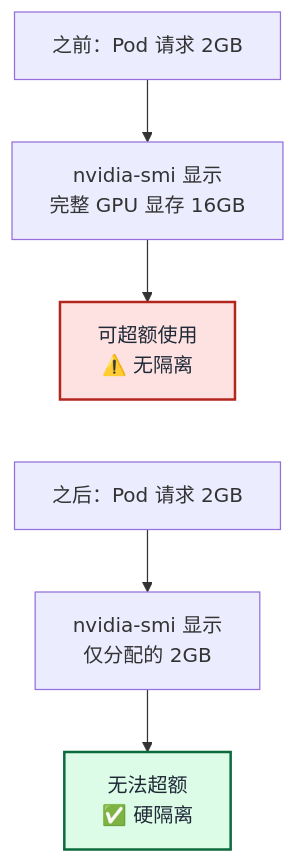
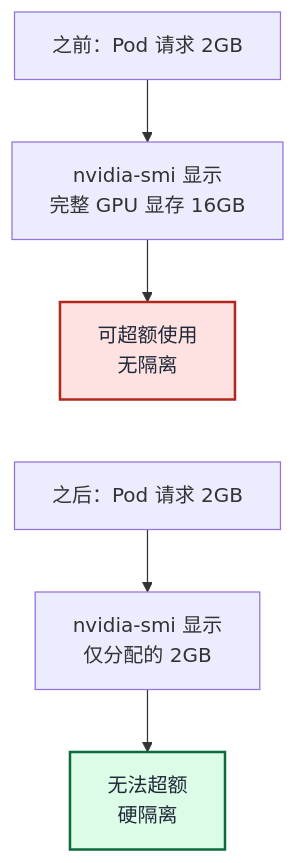
One commit to Project-HAMi/website changed the second of 3 diagrams in i18n/zh/docusaurus-plugin-content-blog/hami-core-adopted-by-nvidia-kai-scheduler/index.md. Above: the diagram before and after it, drawn with Mermaid. The commit also changed other lines of this file and 1 other file, not shown here.

Commit message:
fix: improve clarity in GPU memory isolation diagrams and update scheduler integration visuals

````diff
--- a/i18n/zh/docusaurus-plugin-content-blog/hami-core-adopted-by-nvidia-kai-scheduler/index.md
+++ b/i18n/zh/docusaurus-plugin-content-blog/hami-core-adopted-by-nvidia-kai-scheduler/index.md
@@ -85,13 +85,13 @@
 ```mermaid
 %% title: GPU 显存隔离：HAMi 接入前后对比
 graph TD
     A1["之前：Pod 请求 2GB"] --> A2["nvidia-smi 显示<br/>完整 GPU 显存 16GB"]
-    A2 --> A3["可超额使用<br/>⚠️ 无隔离"]
+    A2 --> A3["可超额使用<br/>无隔离"]
 
     B1["之后：Pod 请求 2GB"] --> B2["nvidia-smi 显示<br/>仅分配的 2GB"]
-    B2 --> B3["无法超额<br/>✅ 硬隔离"]
+    B2 --> B3["无法超额<br/>硬隔离"]
 
     A3 ~~~ B1
     style A3 fill:#fee2e2,stroke:#b3261e,stroke-width:2px,color:#1f2937
     style B3 fill:#dcfce7,stroke:#0b6b3c,stroke-width:2px,color:#1f2937
 ```
````
